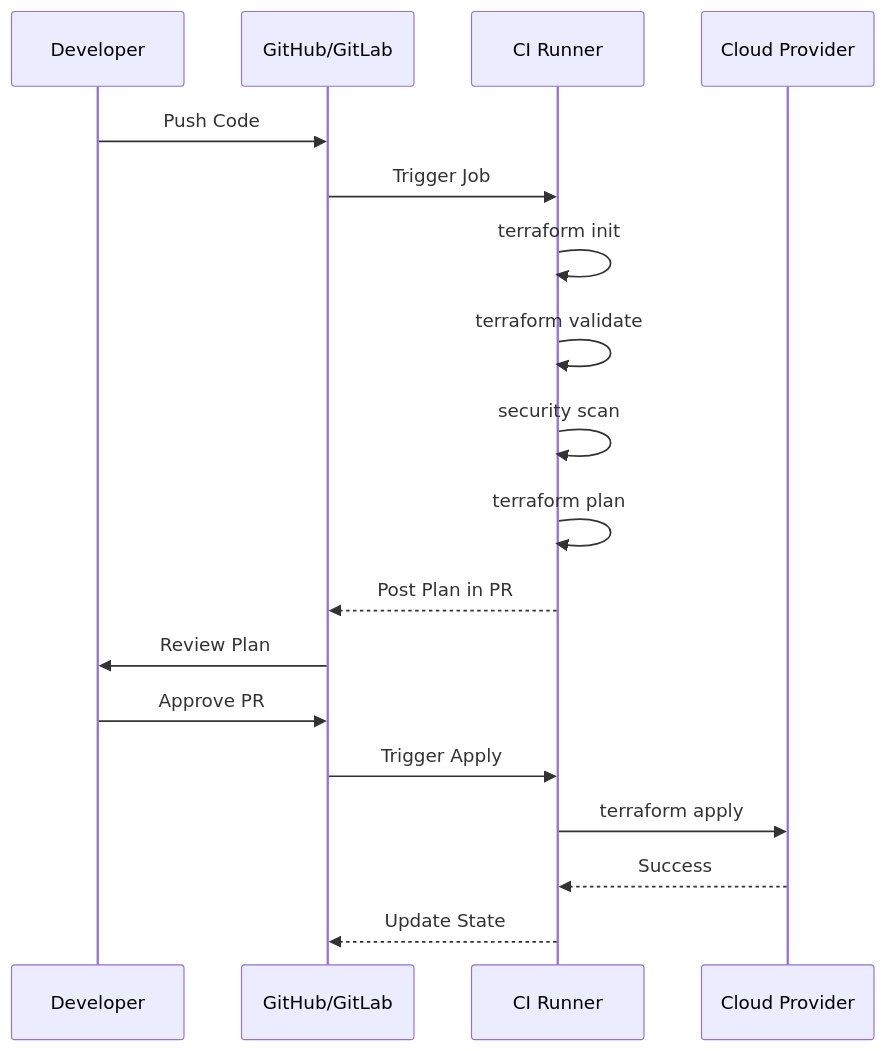
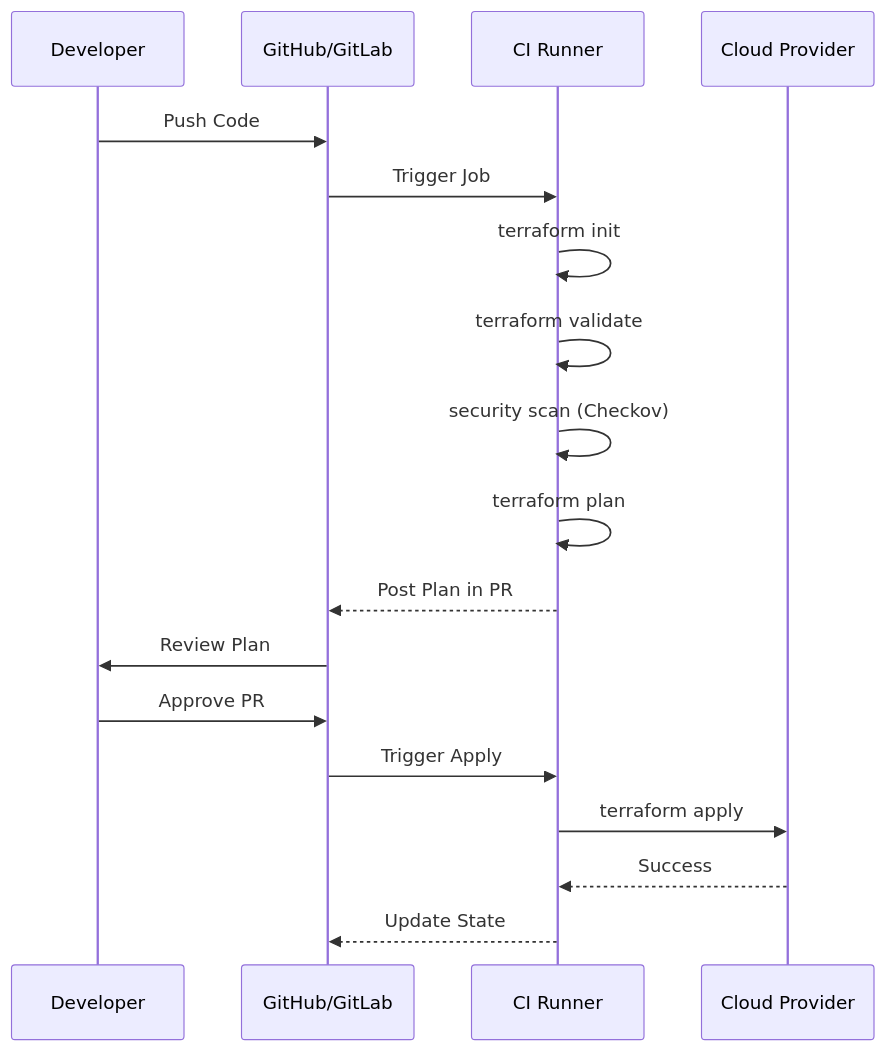
Before and after one commit to Ganil151/Devops: the diagram in 2-Intermediate/03-Terraform/02-HCL-and-IaC/06-CI-CD-Pipeline-Integration/README.md, drawn with Mermaid. The commit also changed other lines of this file, not shown here.

````diff
--- a/2-Intermediate/03-Terraform/02-HCL-and-IaC/06-CI-CD-Pipeline-Integration/README.md
+++ b/2-Intermediate/03-Terraform/02-HCL-and-IaC/06-CI-CD-Pipeline-Integration/README.md
@@ -15,21 +72,21 @@
 ```mermaid
 sequenceDiagram
     participant D as Developer
     participant G as GitHub/GitLab
     participant C as CI Runner
     participant P as Cloud Provider
     
     D->>G: Push Code
     G->>C: Trigger Job
     C->>C: terraform init
     C->>C: terraform validate
-    C->>C: security scan
+    C->>C: security scan (Checkov)
     C->>C: terraform plan
     C-->>G: Post Plan in PR
     G->>D: Review Plan
     D->>G: Approve PR
     G->>C: Trigger Apply
     C->>P: terraform apply
     P-->>C: Success
     C-->>G: Update State
 ```
````
